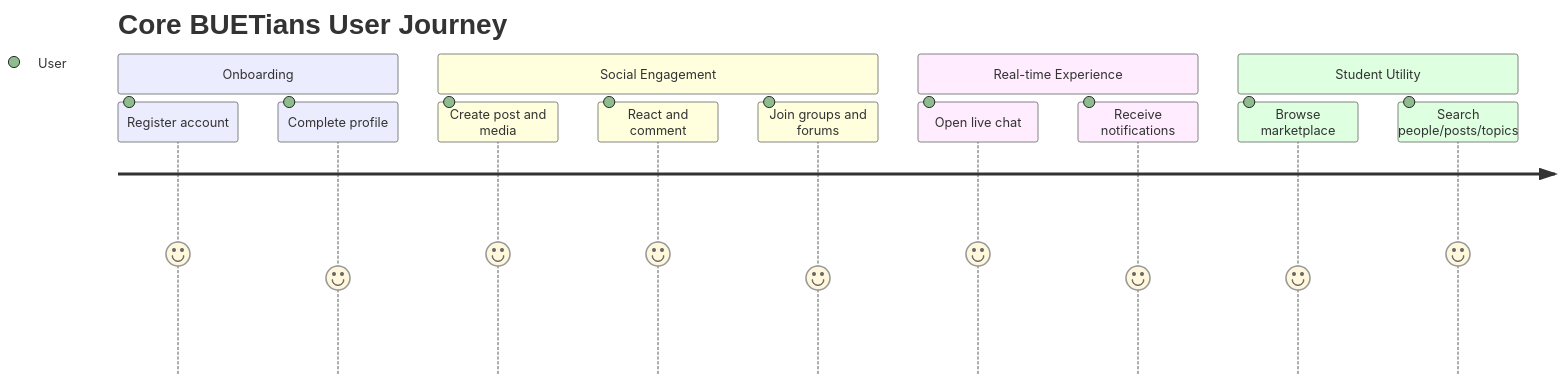
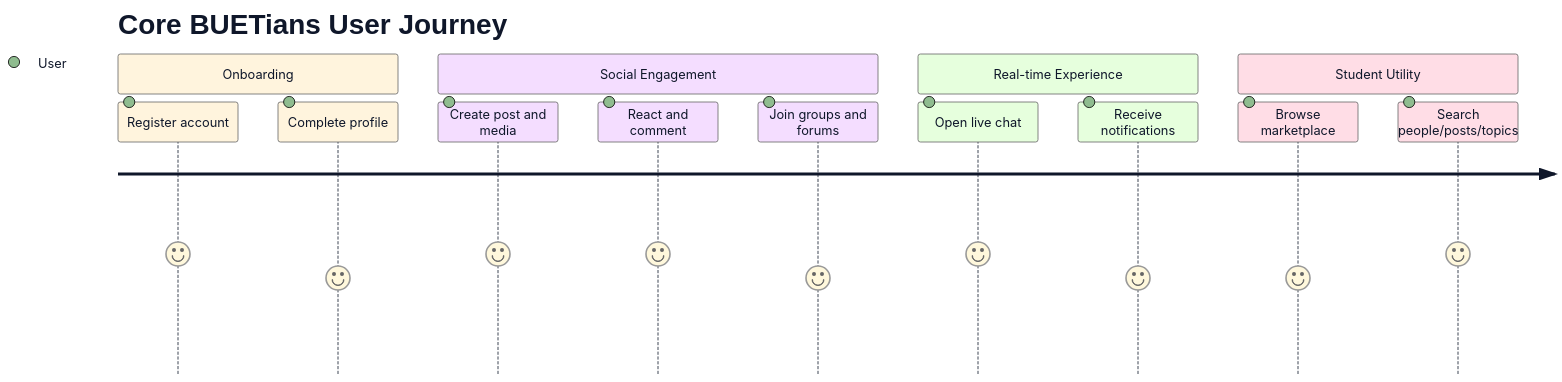
The third of 3 diagrams in README.md (asef69/Core-BUETian--Your-BUETian-Social-Media-App), drawn with Mermaid before and after one commit. The commit also changed other lines of this file, not shown here.

````diff
--- a/README.md
+++ b/README.md
@@ -92,17 +94,18 @@
 ```mermaid
+%%{init: {'theme':'base', 'themeVariables': { 'fontFamily': 'Segoe UI, Inter, sans-serif', 'fontSize': '16px', 'primaryTextColor': '#0F172A', 'textColor': '#0F172A', 'lineColor': '#64748B' }}}%%
 journey
     title Core BUETians User Journey
     section Onboarding
       Register account: 5: User
       Complete profile: 4: User
     section Social Engagement
       Create post and media: 5: User
       React and comment: 5: User
       Join groups and forums: 4: User
     section Real-time Experience
       Open live chat: 5: User
       Receive notifications: 4: User
     section Student Utility
       Browse marketplace: 4: User
       Search people/posts/topics: 5: User
 ```
````
